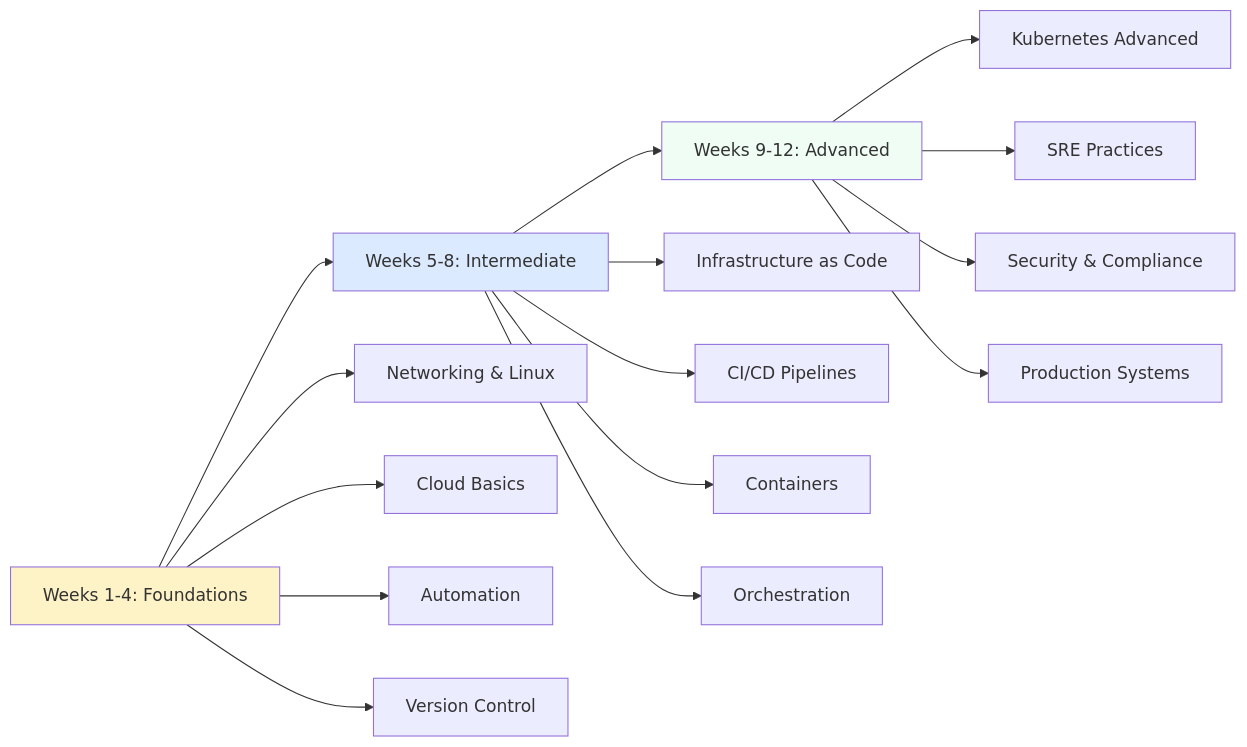
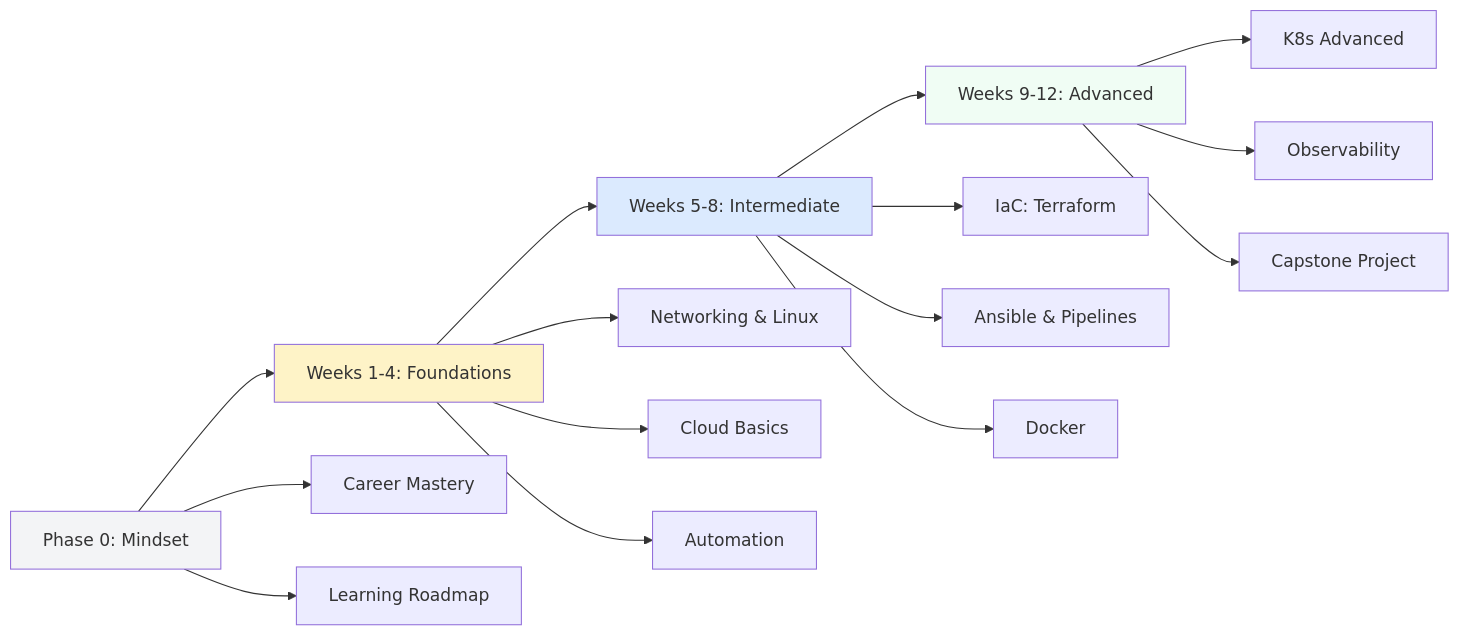
The diagram in LEARN-PATH.md (Ganil151/Devops), drawn with Mermaid before and after one commit. The commit also changed other lines of this file, not shown here.

````diff
--- a/LEARN-PATH.md
+++ b/LEARN-PATH.md
@@ -11,24 +11,26 @@
 ```mermaid
 graph LR
-    A[Weeks 1-4: Foundations] --> B[Weeks 5-8: Intermediate]
+    P0[Phase 0: Mindset] --> A[Weeks 1-4: Foundations]
+    A --> B[Weeks 5-8: Intermediate]
     B --> C[Weeks 9-12: Advanced]
+    
+    P0 --> P01[Career Mastery]
+    P0 --> P02[Learning Roadmap]
     
     A --> A1[Networking & Linux]
     A --> A2[Cloud Basics]
     A --> A3[Automation]
-    A --> A4[Version Control]
     
-    B --> B1[Infrastructure as Code]
-    B --> B2[CI/CD Pipelines]
-    B --> B3[Containers]
-    B --> B4[Orchestration]
+    B --> B1[IaC: Terraform]
+    B --> B2[Ansible & Pipelines]
+    B --> B3[Docker]
     
-    C --> C1[Kubernetes Advanced]
-    C --> C2[SRE Practices]
-    C --> C3[Security & Compliance]
-    C --> C4[Production Systems]
+    C --> C1[K8s Advanced]
+    C --> C2[Observability]
+    C --> C3[Capstone Project]
     
+    style P0 fill:#f3f4f6
     style A fill:#fef3c7
     style B fill:#dbeafe
     style C fill:#f0fdf4
 ```
````
